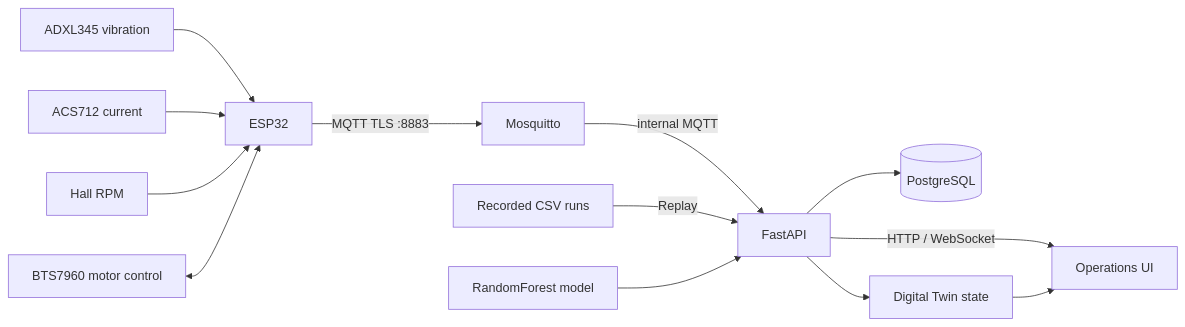
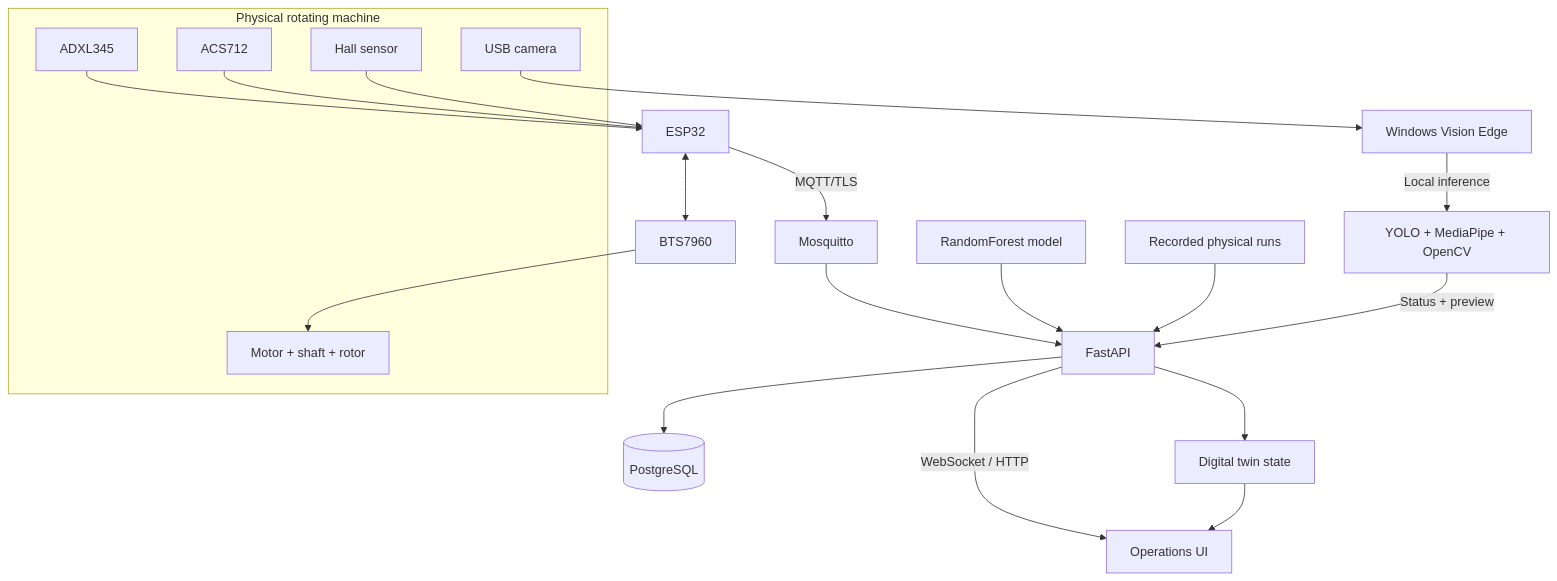
The second of 2 diagrams in README.md (CADname/NEXis), drawn with Mermaid before and after one commit. The commit also changed other lines of this file and 31 other files, not shown here.

````diff
--- a/README.md
+++ b/README.md
@@ -148,15 +114,29 @@
 ```mermaid
-flowchart LR
-    V[ADXL345 vibration] --> E[ESP32]
-    I[ACS712 current] --> E
-    R[Hall RPM] --> E
-    C[BTS7960 motor control] <--> E
-    E -->|MQTT TLS :8883| M[Mosquitto]
-    M -->|internal MQTT| A[FastAPI]
-    D[Recorded CSV runs] -->|Replay| A
-    ML[RandomForest model] --> A
-    A --> DB[(PostgreSQL)]
-    A -->|HTTP / WebSocket| UI[Operations UI]
-    A --> DT[Digital Twin state]
-    DT --> UI
+flowchart TB
+    subgraph Machine[Physical rotating machine]
+      ACC[ADXL345]
+      CUR[ACS712]
+      HALL[Hall sensor]
+      MOTOR[Motor + shaft + rotor]
+      CAM[USB camera]
+    end
+
+    ACC --> ESP[ESP32]
+    CUR --> ESP
+    HALL --> ESP
+    ESP <--> DRIVER[BTS7960]
+    DRIVER --> MOTOR
+
+    ESP -->|MQTT/TLS| MQTT[Mosquitto]
+    MQTT --> API[FastAPI]
+    MODEL[RandomForest model] --> API
+    CSV[Recorded physical runs] --> API
+    API --> DB[(PostgreSQL)]
+    API -->|WebSocket / HTTP| WEB[Operations UI]
+    API --> TWIN[Digital twin state]
+    TWIN --> WEB
+
+    CAM --> EDGE[Windows Vision Edge]
+    EDGE -->|Local inference| VISION[YOLO + MediaPipe + OpenCV]
+    VISION -->|Status + preview| API
 ```
````
